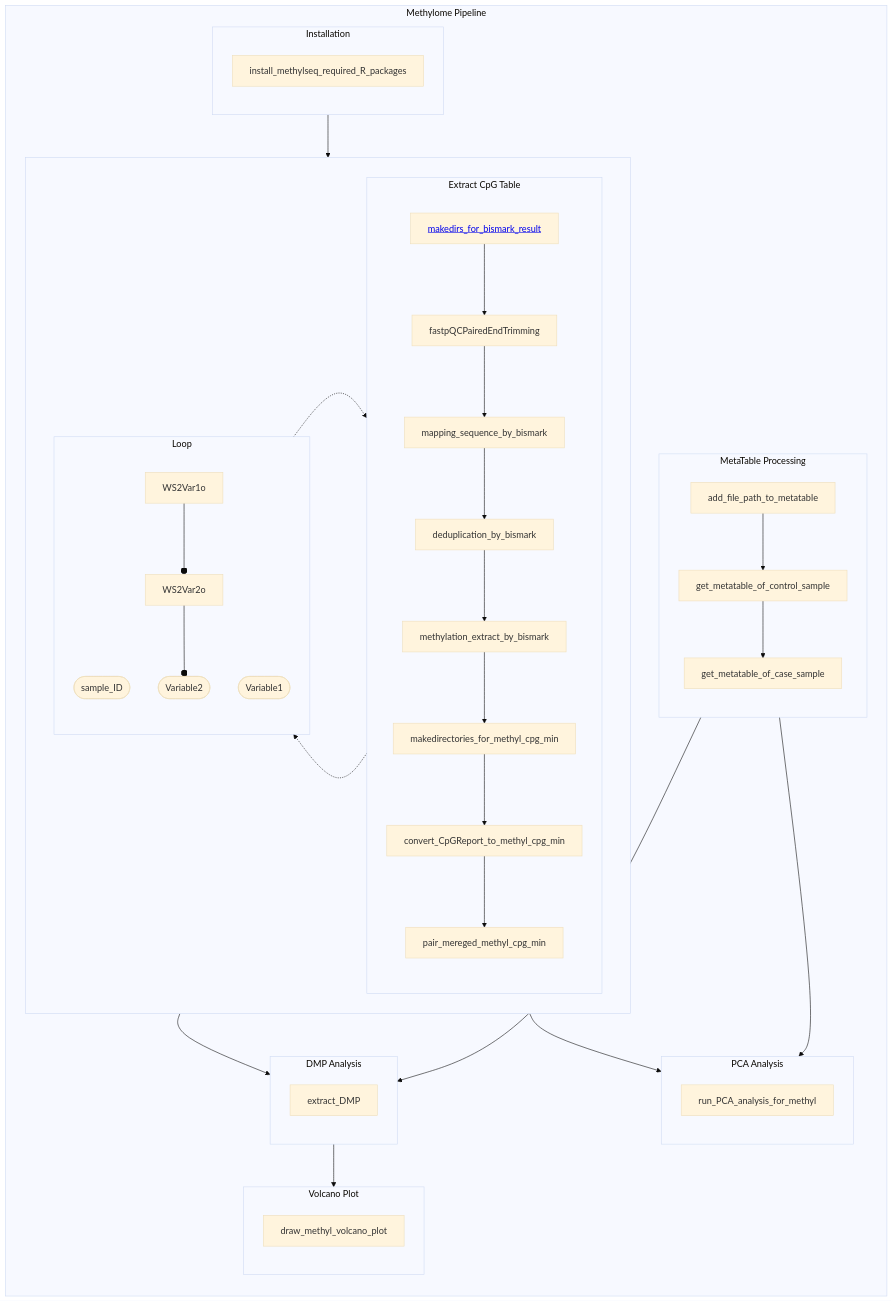
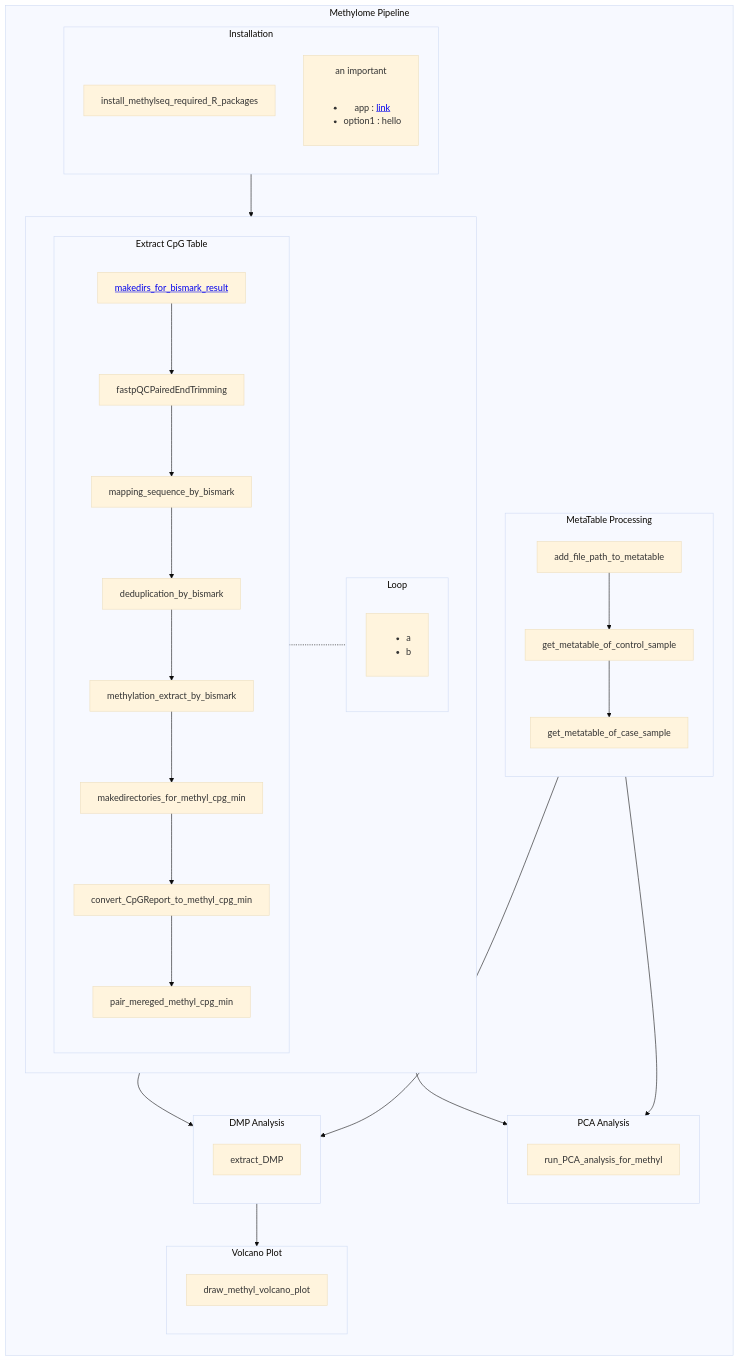
One commit to Yoonsung1203/Yoonsung1203 changed the diagram in Mermaid_Test.md. Above: the diagram before and after it, drawn with Mermaid (base theme).

````diff
--- a/Mermaid_Test.md
+++ b/Mermaid_Test.md
@@ -9,56 +9,53 @@
 ```mermaid
   flowchart TB
     subgraph Total["Methylome Pipeline"]
       direction TB
       subgraph WS1["Installation"]
         direction TB
         W1["install_methylseq_required_R_packages"]
         click W1 href "http://www.github.com"
+        B[an important <br><br> <ul> <li>app : <a href='http://google.com'>link</a></li> <li>option1 : hello</li> </ul>]
       end
       subgraph WS2[" "]
         direction LR
         subgraph WS2Loop["Extract CpG Table"]
           direction TB
           W2[<a href=./README.md>makedirs_for_bismark_result</a>]-->W3["fastpQCPairedEndTrimming"]
           W3-->W4["mapping_sequence_by_bismark"]
           W4-->W5["deduplication_by_bismark"]
           W5-->W6["methylation_extract_by_bismark"]
           W6-->W7["makedirectories_for_methyl_cpg_min"]
           W7-->W8["convert_CpGReport_to_methyl_cpg_min"]
           W8-->W9["pair_mereged_methyl_cpg_min"]
         end
         subgraph WS2LoopVariable["Loop"]
           direction TB
-          WS2Var1(["sample_ID"])
-          WS2Var2(["Variable1"])
-          WS2Var3(["Variable2"])
-          WS2Var1o--oWS2Var2o--oWS2Var3
+          WS2Var1[<ul><li>a</li><li>b</li></ul>]
         end
-        WS2Loop-.->WS2LoopVariable
-        WS2LoopVariable-.->WS2Loop
+        WS2Loop-.-WS2LoopVariable
       end
       subgraph WS3["MetaTable Processing"]
         direction TB
         W10["add_file_path_to_metatable"]-->W11["get_metatable_of_control_sample"]
         W11-->W12["get_metatable_of_case_sample"]
       end
       subgraph WS4["DMP Analysis"]
         direction TB
         W13["extract_DMP"]
       end
       subgraph WS5["PCA Analysis"]
         direction TB
         W14["run_PCA_analysis_for_methyl"]
       end
       subgraph WS6["Volcano Plot"]
         direction TB
         W15["draw_methyl_volcano_plot"]
       end
       WS1-->WS2
       WS2-->WS4
       WS3-->WS4
       WS3-->WS5
       WS2-->WS5
       WS4-->WS6
     end
 ```
````
